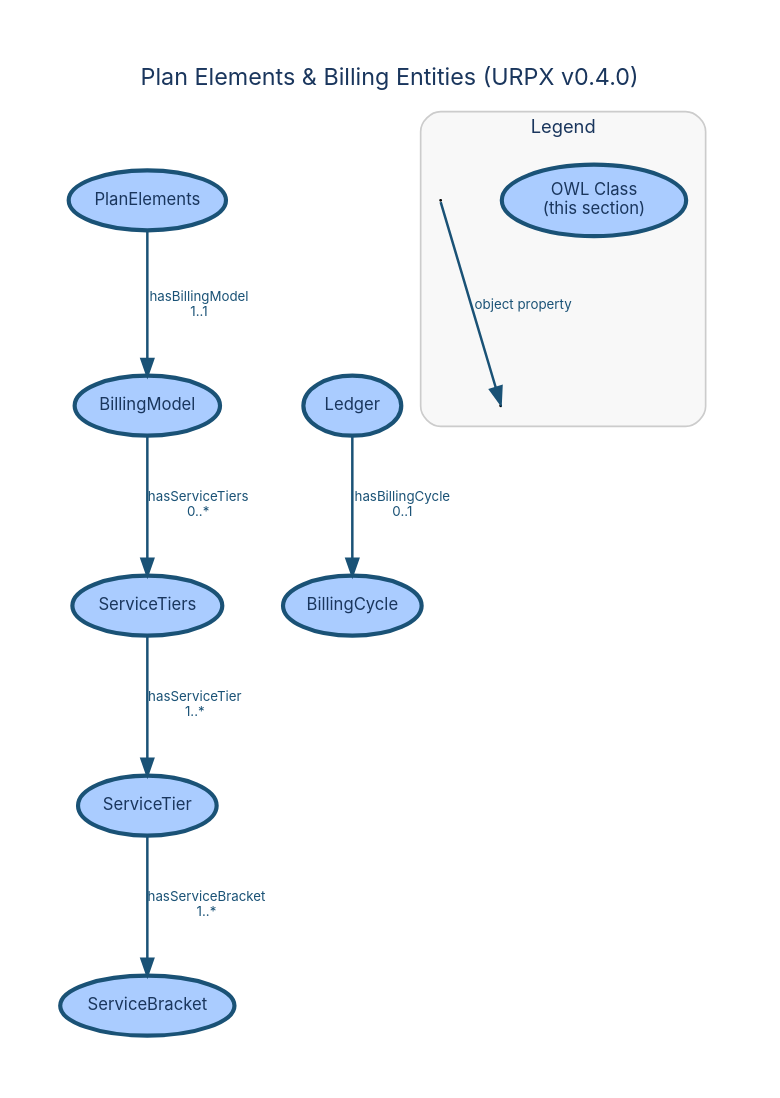
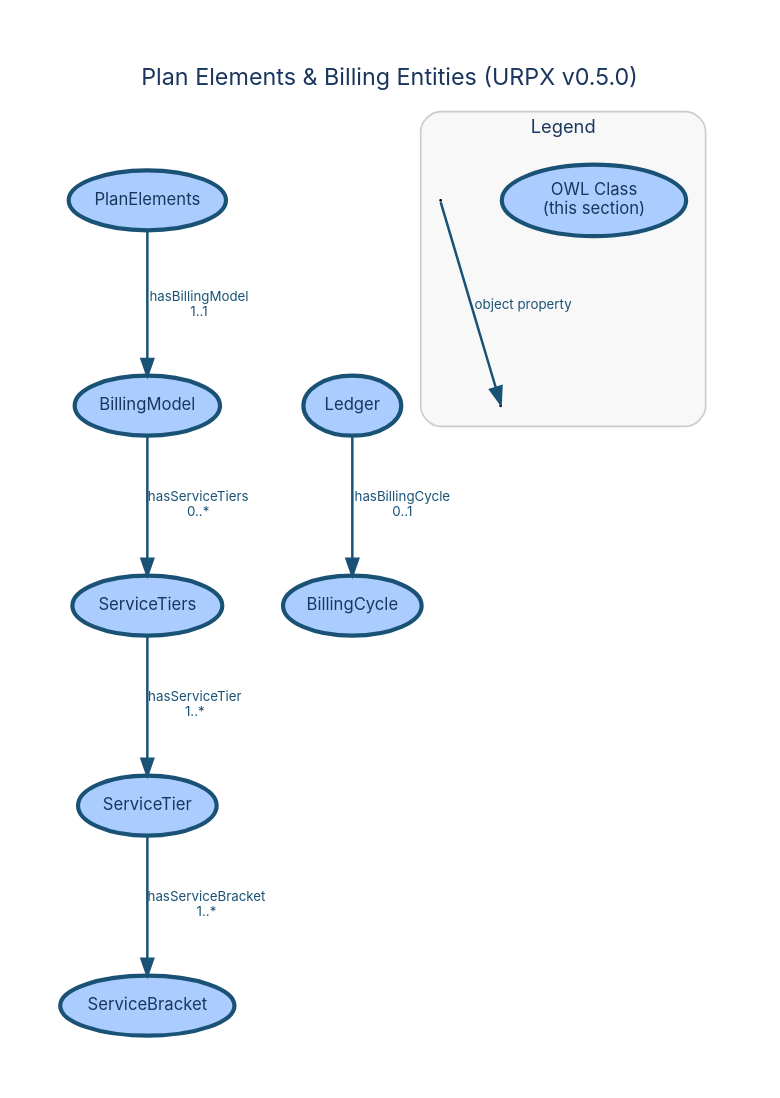
The diagram in documentation/diagrams/dictionary/plan-elements-billing-entities.dot (urpx-org/urpx), drawn with Graphviz before and after one commit. The commit also changed 28 other files, not shown here.

```diff
--- a/documentation/diagrams/dictionary/plan-elements-billing-entities.dot
+++ b/documentation/diagrams/dictionary/plan-elements-billing-entities.dot
@@ -1,83 +1,83 @@
 digraph "Plan Elements & Billing Entities" {
     rankdir=TB;
     bgcolor="white";
     pad=0.4;
     nodesep=0.5;
     ranksep=0.9;
     fontname="Inter, Helvetica, Arial, sans-serif";
-    label="Plan Elements & Billing Entities (URPX v0.4.0)";
+    label="Plan Elements & Billing Entities (URPX v0.5.0)";
     labelloc="t";
     fontsize=14;
     fontcolor="#1a365d";
     node [fontname="Inter, Helvetica, Arial, sans-serif", fontsize=10, style=filled, fontcolor="#1a365d"];
     edge [fontname="Inter, Helvetica, Arial, sans-serif", fontsize=8, fontcolor="#1a365d"];
 
     // Section classes
     PlanElements [
         label="PlanElements"
         shape=ellipse, fillcolor="#aaccff", color="#1a5276", penwidth=2.5
     ];
     BillingModel [
         label="BillingModel"
         shape=ellipse, fillcolor="#aaccff", color="#1a5276", penwidth=2.5
     ];
     BillingCycle [
         label="BillingCycle"
         shape=ellipse, fillcolor="#aaccff", color="#1a5276", penwidth=2.5
     ];
     Ledger [
         label="Ledger"
         shape=ellipse, fillcolor="#aaccff", color="#1a5276", penwidth=2.5
     ];
     ServiceTier [
         label="ServiceTier"
         shape=ellipse, fillcolor="#aaccff", color="#1a5276", penwidth=2.5
     ];
     ServiceTiers [
         label="ServiceTiers"
         shape=ellipse, fillcolor="#aaccff", color="#1a5276", penwidth=2.5
     ];
     ServiceBracket [
         label="ServiceBracket"
         shape=ellipse, fillcolor="#aaccff", color="#1a5276", penwidth=2.5
     ];
 
     // Object property edges
     PlanElements -> BillingModel [
         label="hasBillingModel\n1..1", color="#1a5276", fontcolor="#1a5276", penwidth=1.5, weight=10
     ];
     BillingModel -> ServiceTiers [
         label="hasServiceTiers\n0..*", color="#1a5276", fontcolor="#1a5276", penwidth=1.5, weight=8
     ];
     Ledger -> BillingCycle [
         label="hasBillingCycle\n0..1", color="#1a5276", fontcolor="#1a5276", penwidth=1.5
     ];
     ServiceTier -> ServiceBracket [
         label="hasServiceBracket\n1..*", color="#1a5276", fontcolor="#1a5276", penwidth=1.5
     ];
     ServiceTiers -> ServiceTier [
         label="hasServiceTier\n1..*", color="#1a5276", fontcolor="#1a5276", penwidth=1.5, weight=8
     ];
 
     // Layout-specified rank groups
     { rank=same; PlanElements; }
     { rank=same; BillingModel; Ledger; }
     { rank=same; BillingCycle; ServiceTiers; }
     { rank=same; ServiceTier; }
 
     subgraph cluster_legend {
         label="Legend";
         fontname="Inter, Helvetica, Arial, sans-serif";
         fontsize=11;
         fontcolor="#1a365d";
         style=rounded;
         color="#cccccc";
         bgcolor="#f8f8f8";
         margin=12;
 
         leg_class [label="OWL Class\n(this section)", shape=ellipse, fillcolor="#aaccff", color="#1a5276", penwidth=2.5];
         leg_src [label=" ", shape=point, width=0.01];
         leg_tgt1 [label=" ", shape=point, width=0.01];
         leg_src -> leg_tgt1 [label="object property", color="#1a5276", fontcolor="#1a5276", penwidth=1.5];
     }
 }
```
